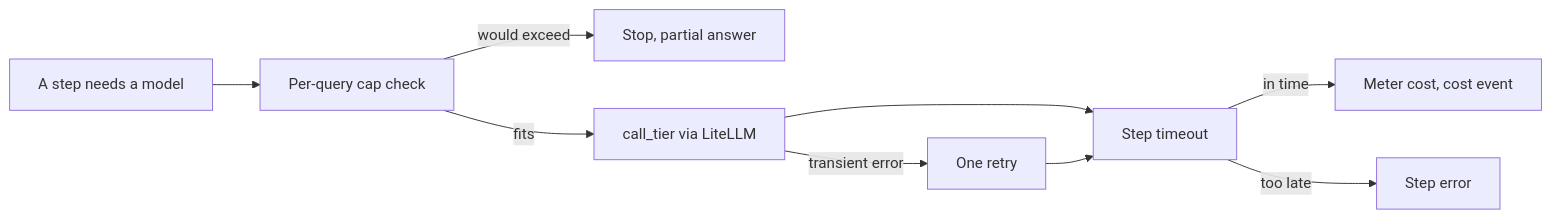
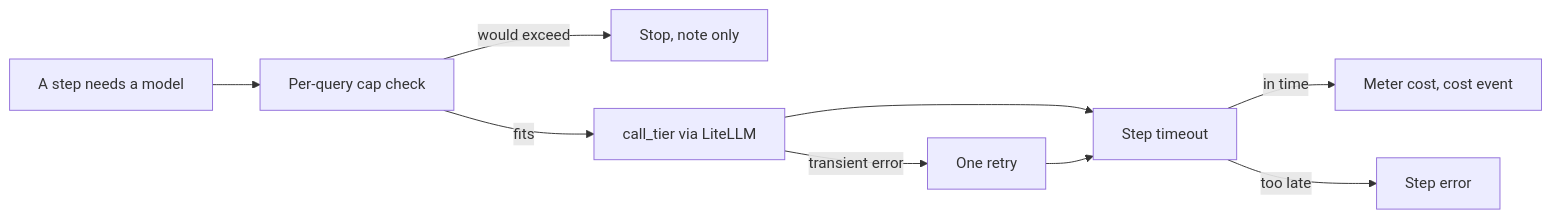
Before and after one commit to monideep2255/agentic-search-ui: the seventh of 13 diagrams in visualizations/System_3_deep_dive.md, drawn with Mermaid. The commit also changed other lines of this file, not shown here.

````diff
--- a/visualizations/System_3_deep_dive.md
+++ b/visualizations/System_3_deep_dive.md
@@ -318,11 +318,11 @@
 ```mermaid
 flowchart LR
     A[A step needs a model] --> B[Per-query cap check]
-    B -->|would exceed| P[Stop, partial answer]
+    B -->|would exceed| P[Stop, note only]
     B -->|fits| C[call_tier via LiteLLM]
     C -->|transient error| C2[One retry]
     C --> D[Step timeout]
     C2 --> D
     D -->|in time| E[Meter cost, cost event]
     D -->|too late| X[Step error]
 ```
````
